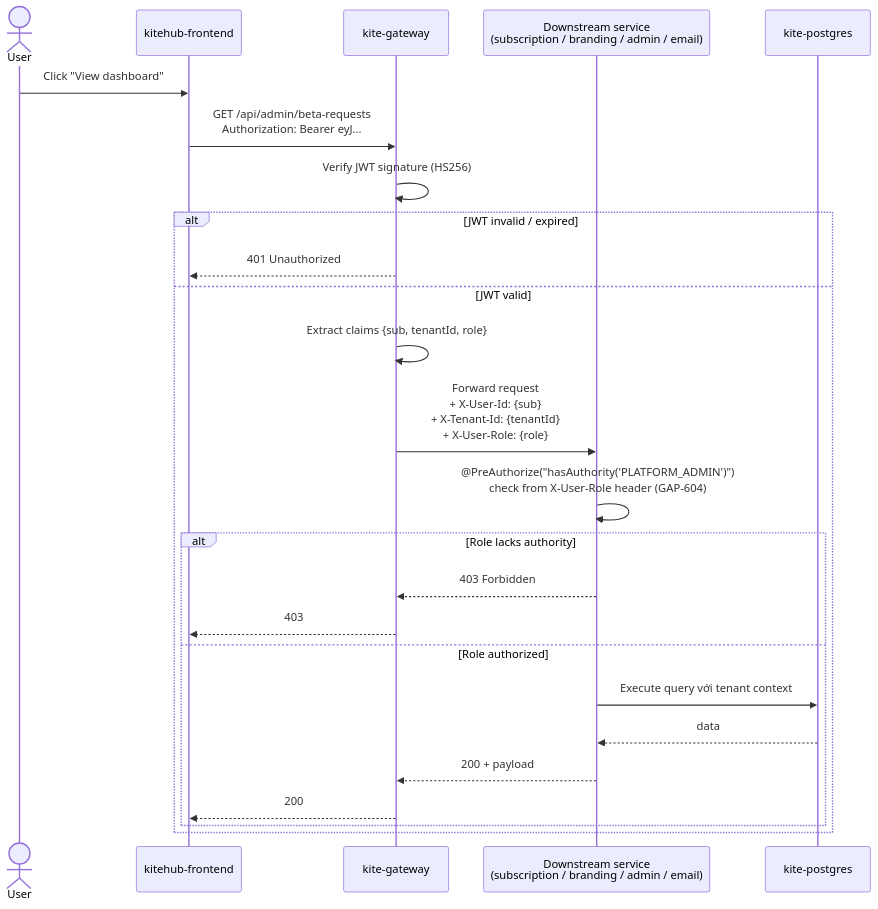
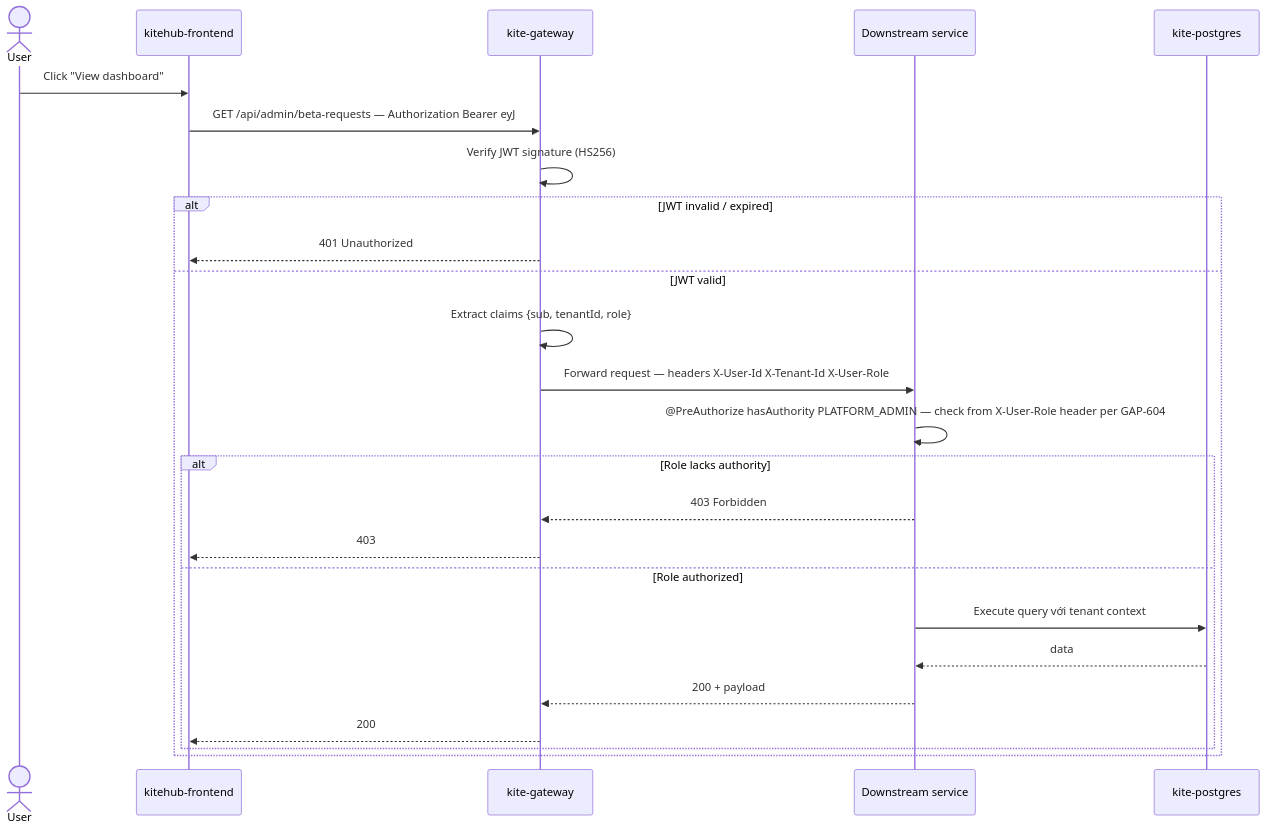
The third of 5 diagrams in documents/02-architecture/kitehub-architecture.md (VictorAurelius/2026-Kite-Class-Platform), drawn with Mermaid before and after one commit. The commit also changed other lines of this file and 8 other files, not shown here.

First line of the commit message:
fix(02-arch): mermaid Note over <br/> render error (recurrence #6) + rule doc anti-pattern (#1572)

````diff
--- a/documents/02-architecture/kitehub-architecture.md
+++ b/documents/02-architecture/kitehub-architecture.md
@@ -209,28 +209,28 @@
 ```mermaid
 sequenceDiagram
     actor User
     participant FE as kitehub-frontend
     participant GW as kite-gateway
-    participant Service as Downstream service<br/>(subscription / branding / admin / email)
+    participant Service as Downstream service
     participant PG as kite-postgres
 
     User->>FE: Click "View dashboard"
-    FE->>GW: GET /api/admin/beta-requests<br/>Authorization: Bearer eyJ...
+    FE->>GW: GET /api/admin/beta-requests — Authorization Bearer eyJ
     GW->>GW: Verify JWT signature (HS256)
     alt JWT invalid / expired
         GW-->>FE: 401 Unauthorized
     else JWT valid
         GW->>GW: Extract claims {sub, tenantId, role}
-        GW->>Service: Forward request<br/>+ X-User-Id: {sub}<br/>+ X-Tenant-Id: {tenantId}<br/>+ X-User-Role: {role}
-        Service->>Service: @PreAuthorize("hasAuthority('PLATFORM_ADMIN')")<br/>check from X-User-Role header (GAP-604)
+        GW->>Service: Forward request — headers X-User-Id X-Tenant-Id X-User-Role
+        Service->>Service: @PreAuthorize hasAuthority PLATFORM_ADMIN — check from X-User-Role header per GAP-604
         alt Role lacks authority
             Service-->>GW: 403 Forbidden
             GW-->>FE: 403
         else Role authorized
             Service->>PG: Execute query với tenant context
             PG-->>Service: data
             Service-->>GW: 200 + payload
             GW-->>FE: 200
         end
     end
 ```
````
